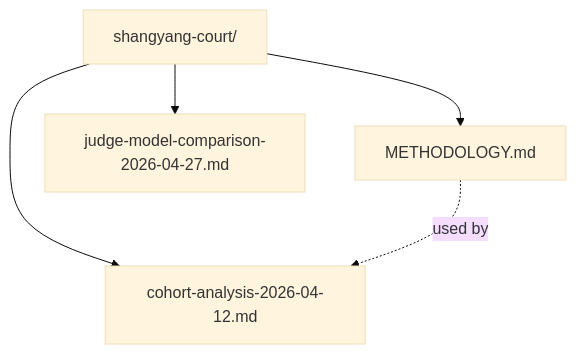
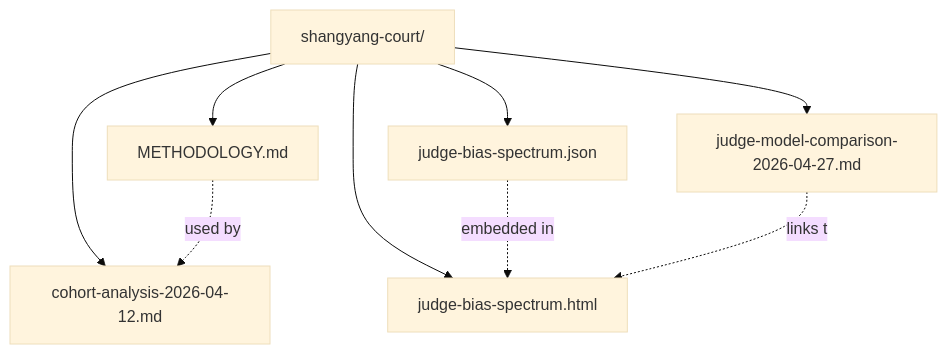
One commit to paideia-ai/axiia-cup changed the diagram in docs/analysis/shangyang-court/index.md. Above: the diagram before and after it, drawn with Mermaid (base theme). The commit also changed other lines of this file and 3 other files, not shown here.

First line of the commit message:
docs: 7-judge bias spectrum + interactive viewer (judgment-field methodology)

````diff
--- a/docs/analysis/shangyang-court/index.md
+++ b/docs/analysis/shangyang-court/index.md
@@ -15,8 +17,12 @@
 ```mermaid
 graph TD
     root["shangyang-court/"]
     root --> meth["METHODOLOGY.md"]
     root --> report["cohort-analysis-2026-04-12.md"]
     meth -.used by.-> report
     root --> judge["judge-model-comparison-2026-04-27.md"]
+    root --> spectrumHtml["judge-bias-spectrum.html"]
+    root --> spectrumJson["judge-bias-spectrum.json"]
+    spectrumJson -.embedded in.-> spectrumHtml
+    judge -.links to.-> spectrumHtml
 ```
````
